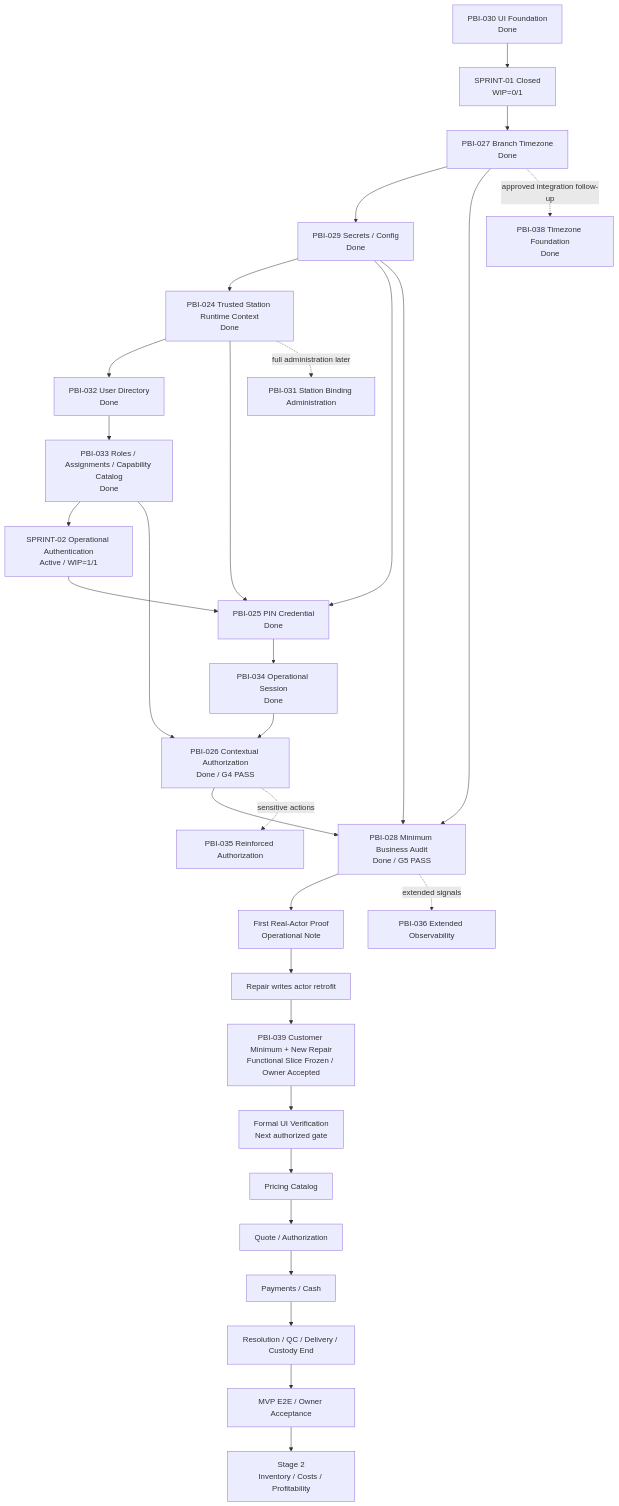
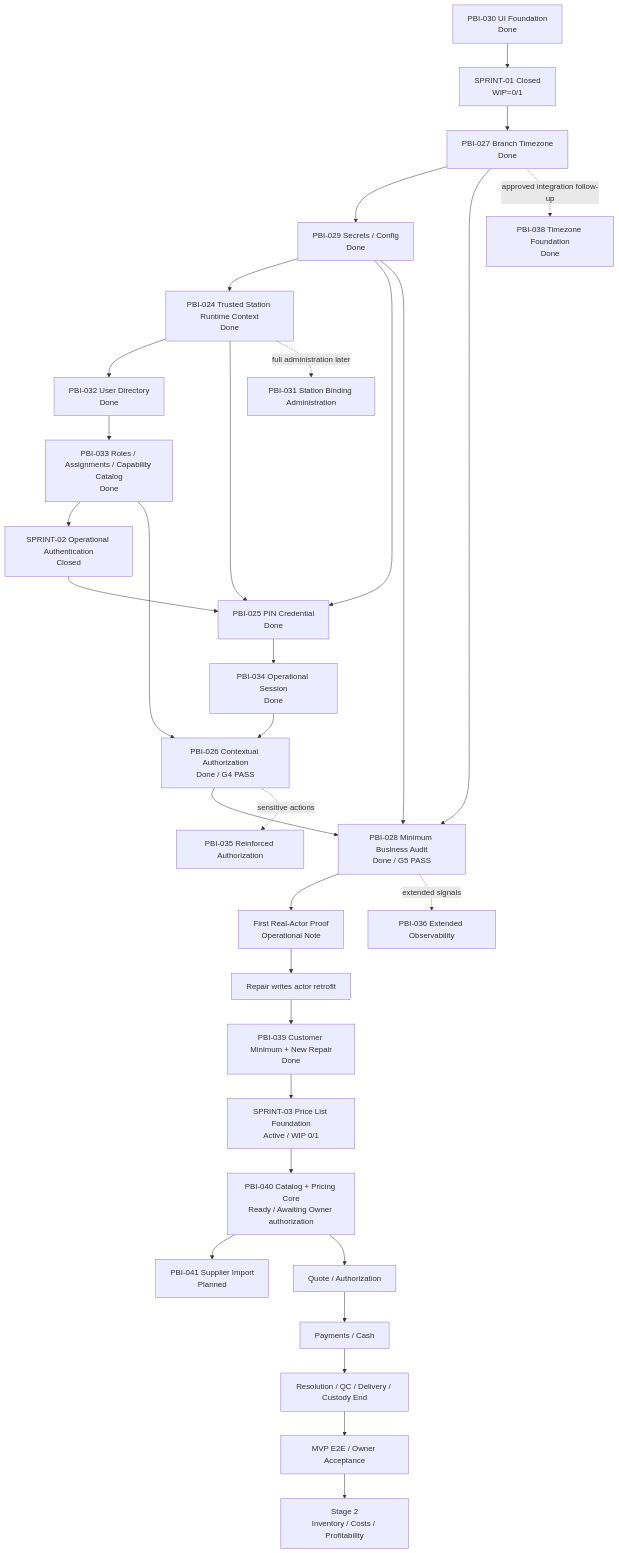
Before and after one commit to luisgtzaviles/SrTaller-2.0: the diagram in docs/backlog/DEPENDENCY_MAP.md, drawn with Mermaid. The commit also changed other lines of this file and 38 other files, not shown here.

Commit message:
docs(price-list): define architecture and pbi readiness

````diff
--- a/docs/backlog/DEPENDENCY_MAP.md
+++ b/docs/backlog/DEPENDENCY_MAP.md
@@ -15,33 +14,34 @@
 ```mermaid
 flowchart TD
     P30[PBI-030 UI Foundation<br/>Done] --> S1[SPRINT-01 Closed<br/>WIP=0/1]
     S1 --> P27[PBI-027 Branch Timezone<br/>Done]
     P27 --> P29[PBI-029 Secrets / Config<br/>Done]
     P29 --> P24[PBI-024 Trusted Station Runtime Context<br/>Done]
     P24 --> P32[PBI-032 User Directory<br/>Done]
     P32 --> P33[PBI-033 Roles / Assignments / Capability Catalog<br/>Done]
-    P33 --> S2[SPRINT-02 Operational Authentication<br/>Active / WIP=1/1]
+    P33 --> S2[SPRINT-02 Operational Authentication<br/>Closed]
     S2 --> P25[PBI-025 PIN Credential<br/>Done]
     P24 --> P25
     P29 --> P25
     P25 --> P34[PBI-034 Operational Session<br/>Done]
     P34 --> P26[PBI-026 Contextual Authorization<br/>Done / G4 PASS]
     P33 --> P26
     P26 --> P28[PBI-028 Minimum Business Audit<br/>Done / G5 PASS]
     P27 --> P28
     P29 --> P28
     P28 --> NOTE[First Real-Actor Proof<br/>Operational Note]
     P27 -. approved integration follow-up .-> P38[PBI-038 Timezone Foundation<br/>Done]
     NOTE --> RETRO[Repair writes actor retrofit]
-    RETRO --> P39[PBI-039 Customer Minimum + New Repair<br/>Functional Slice Frozen / Owner Accepted]
-    P39 --> POLISH[Formal UI Verification<br/>Next authorized gate]
-    POLISH --> PRICING[Pricing Catalog]
-    PRICING --> QUOTE[Quote / Authorization]
+    RETRO --> P39[PBI-039 Customer Minimum + New Repair<br/>Done]
+    P39 --> S3[SPRINT-03 Price List Foundation<br/>Active / WIP 0/1]
+    S3 --> P40[PBI-040 Catalog + Pricing Core<br/>Ready / Awaiting Owner authorization]
+    P40 --> P41[PBI-041 Supplier Import<br/>Planned]
+    P40 --> QUOTE[Quote / Authorization]
     QUOTE --> MONEY[Payments / Cash]
     MONEY --> DELIVERY[Resolution / QC / Delivery / Custody End]
     DELIVERY --> MVP[MVP E2E / Owner Acceptance]
     P24 -. full administration later .-> P31[PBI-031 Station Binding Administration]
     P26 -. sensitive actions .-> P35[PBI-035 Reinforced Authorization]
     P28 -. extended signals .-> P36[PBI-036 Extended Observability]
     MVP --> STAGE2[Stage 2<br/>Inventory / Costs / Profitability]
 ```
````
